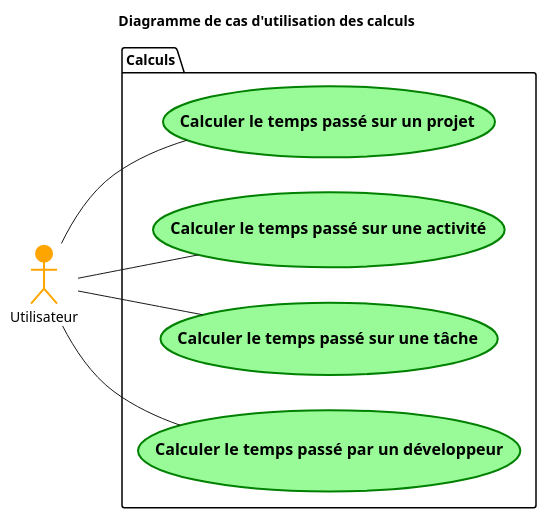
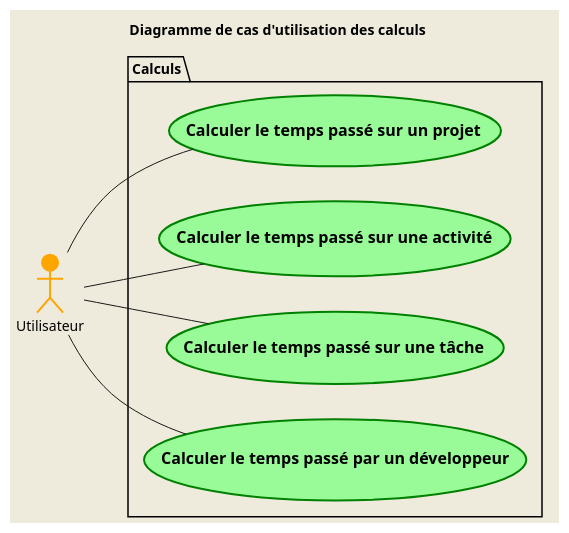
Before and after one commit to SamuelGuillemet/igloo: the diagram in Modelisation/Diagrammes/PlantUML/diag_use_case_7.puml, drawn with PlantUML. The commit also changed 7 other files, not shown here.

Commit message:
Add plantuml testing files

```diff
--- a/Modelisation/Diagrammes/PlantUML/diag_use_case_7.puml
+++ b/Modelisation/Diagrammes/PlantUML/diag_use_case_7.puml
@@ -1,21 +1,23 @@
-@startuml  
+@startuml UseCase7
 title Diagramme de cas d'utilisation des calculs
 
 left to right direction
+skinparam style strictuml
+skinparam backgroundColor #EEEBDC
 
 actor Utilisateur #Orange;line:Orange;line.bold
 
 package "Calculs" {
     usecase "== Calculer le temps passé sur un projet" as UC14 #PaleGreen;line:Green;line.bold
     usecase "== Calculer le temps passé sur une activité" as UC15 #PaleGreen;line:Green;line.bold
     usecase "== Calculer le temps passé sur une tâche" as UC16 #PaleGreen;line:Green;line.bold
     usecase "== Calculer le temps passé par un développeur" as UC17 #PaleGreen;line:Green;line.bold
 }
 
 
 Utilisateur -- UC14
 Utilisateur -- UC15
 Utilisateur -- UC16
 Utilisateur -- UC17
 
 @enduml
```
